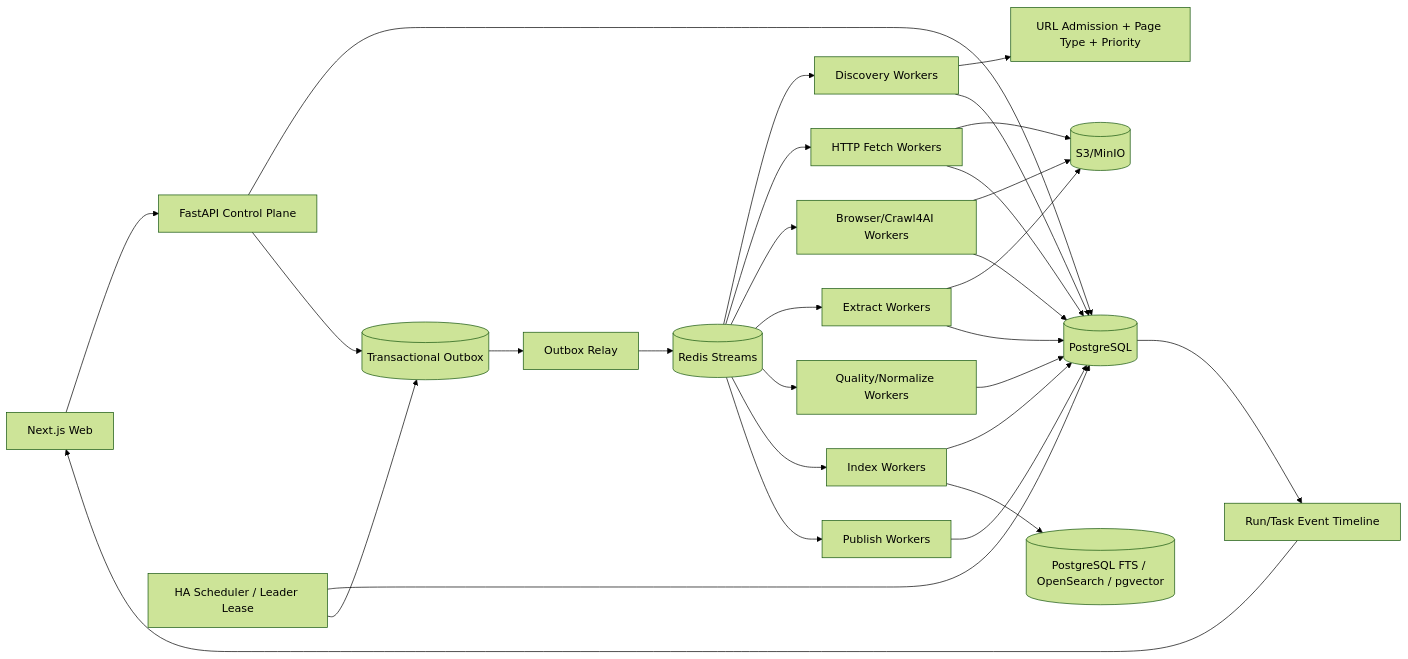
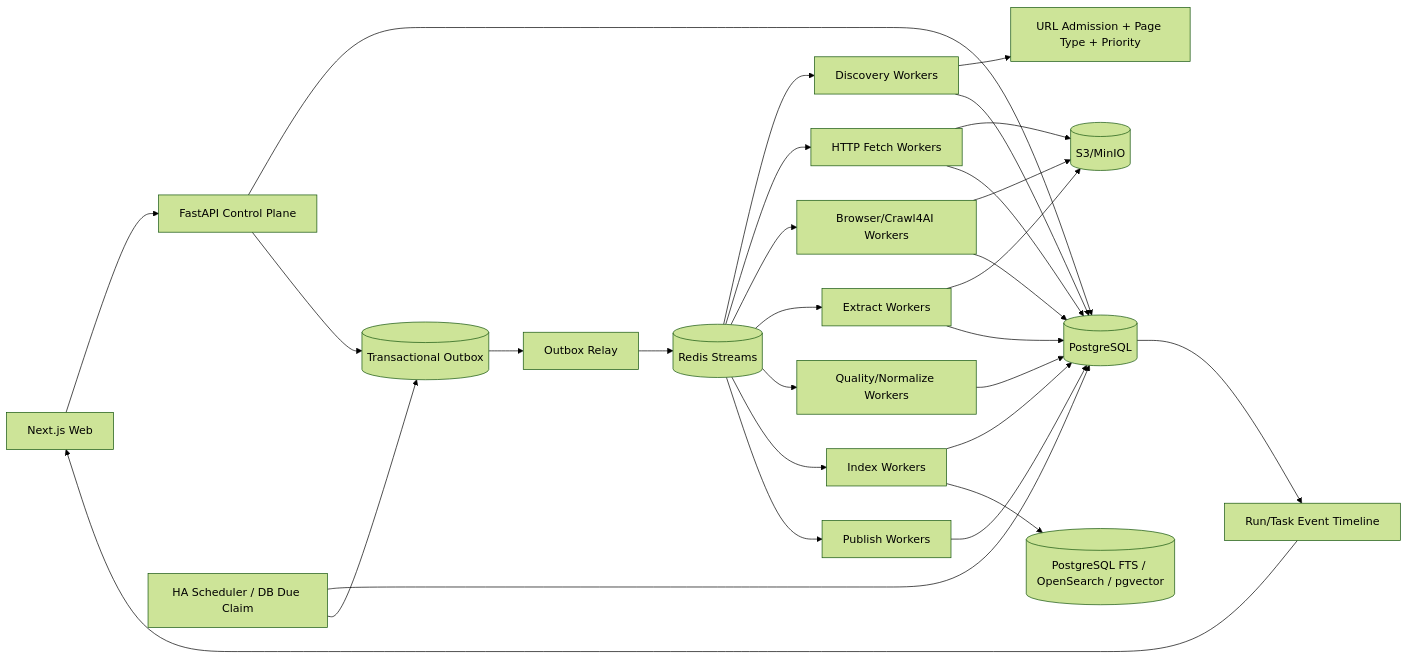
Before and after one commit to WorkerXu/my-doc: the diagram in 博客知识库技术方案.md, drawn with Mermaid (forest theme). The commit also changed other lines of this file, not shown here.

````diff
--- a/博客知识库技术方案.md
+++ b/博客知识库技术方案.md
@@ -40,36 +39,36 @@
 ```mermaid
 flowchart LR
     UI[Next.js Web] --> API[FastAPI Control Plane]
     API --> PG[(PostgreSQL)]
     API --> OUT[(Transactional Outbox)]
 
-    SCHED[HA Scheduler / Leader Lease] --> PG
+    SCHED[HA Scheduler / DB Due Claim] --> PG
     SCHED --> OUT
     OUT --> RELAY[Outbox Relay]
     RELAY --> Q[(Redis Streams)]
 
     Q --> DW[Discovery Workers]
     Q --> HF[HTTP Fetch Workers]
     Q --> BW[Browser/Crawl4AI Workers]
     Q --> EX[Extract Workers]
     Q --> QW[Quality/Normalize Workers]
     Q --> IW[Index Workers]
     Q --> PW[Publish Workers]
 
     DW --> GATE[URL Admission + Page Type + Priority]
     HF --> OBJ[(S3/MinIO)]
     BW --> OBJ
     EX --> OBJ
 
     DW --> PG
     HF --> PG
     BW --> PG
     EX --> PG
     QW --> PG
     IW --> PG
     PW --> PG
 
     IW --> SEARCH[(PostgreSQL FTS / OpenSearch / pgvector)]
     PG --> EVT[Run/Task Event Timeline]
     EVT --> UI
 ```
````
